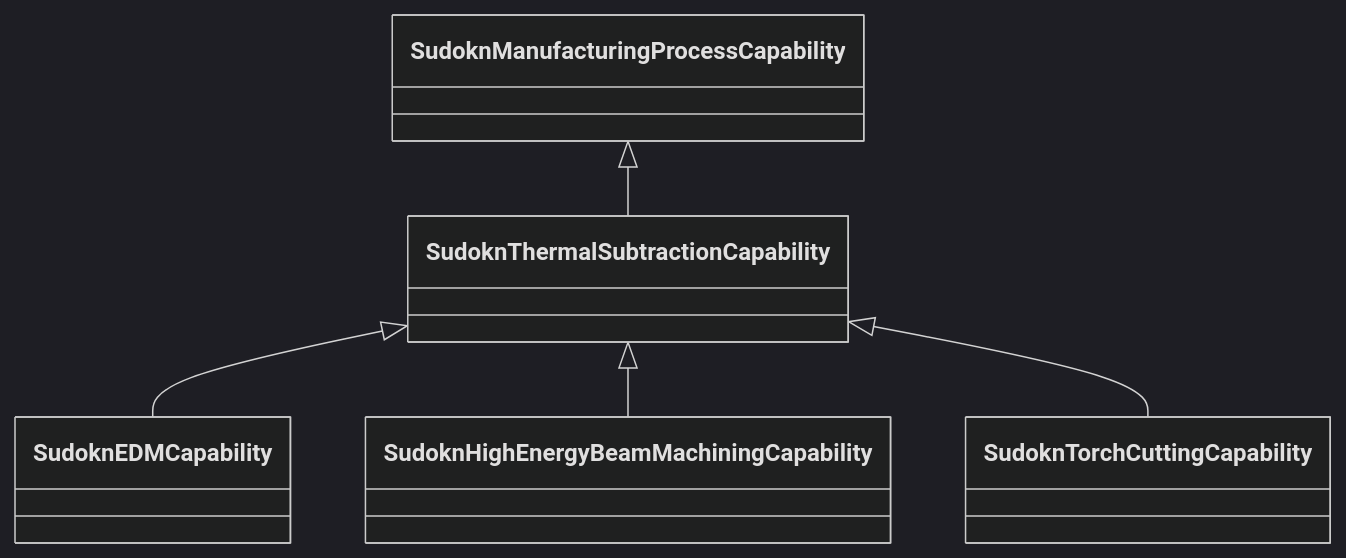
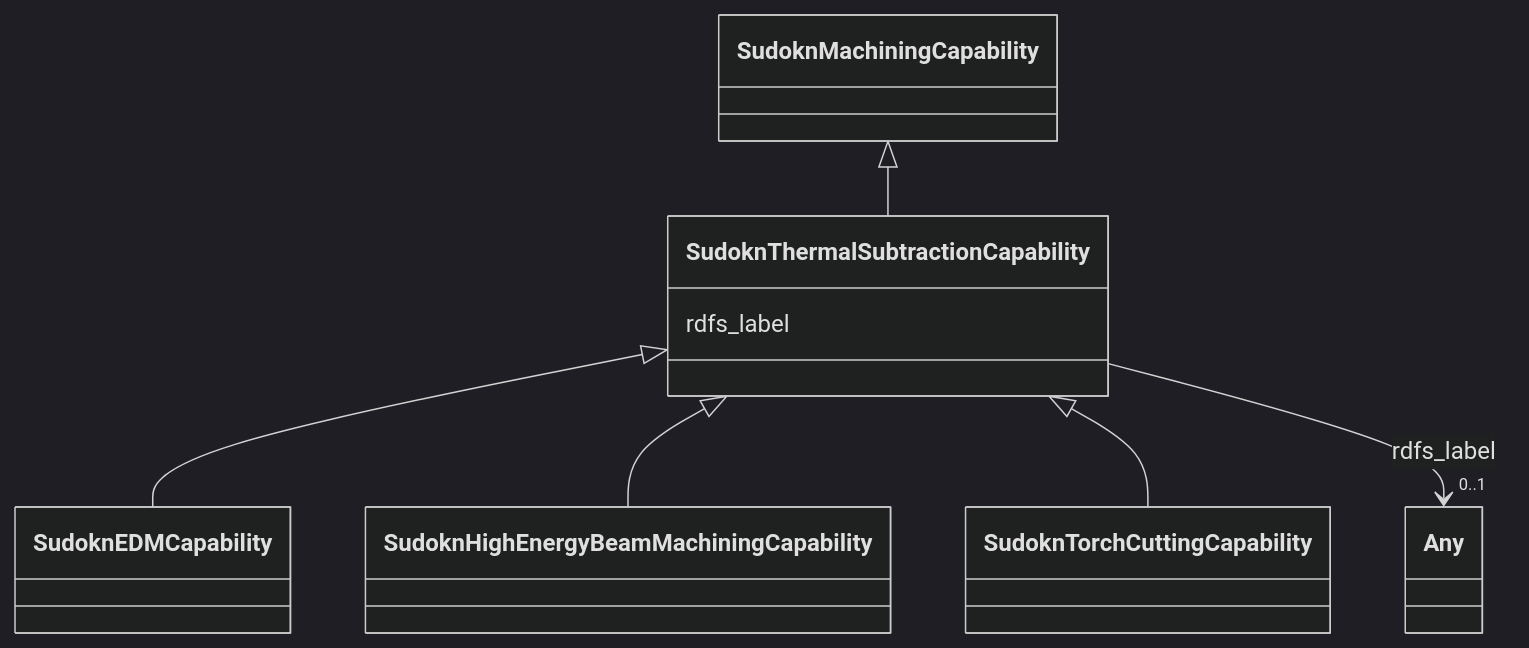
One commit to frink-okn/graph-descriptions changed the diagram in sudokn-kg/classes/SudoknThermalSubtractionCapability.md. Above: the diagram before and after it, drawn with Mermaid (dark theme). The commit also changed other lines of this file and 903 other files, not shown here.

````diff
--- a/sudokn-kg/classes/SudoknThermalSubtractionCapability.md
+++ b/sudokn-kg/classes/SudoknThermalSubtractionCapability.md
@@ -23,18 +16,27 @@
 ```mermaid
  classDiagram
     class SudoknThermalSubtractionCapability
     click SudoknThermalSubtractionCapability href "../SudoknThermalSubtractionCapability"
-      SudoknManufacturingProcessCapability <|-- SudoknThermalSubtractionCapability
-        click SudoknManufacturingProcessCapability href "../SudoknManufacturingProcessCapability"
+      SudoknMachiningCapability <|-- SudoknThermalSubtractionCapability
+        click SudoknMachiningCapability href "../SudoknMachiningCapability"
       
 
       SudoknThermalSubtractionCapability <|-- SudoknEDMCapability
         click SudoknEDMCapability href "../SudoknEDMCapability"
       SudoknThermalSubtractionCapability <|-- SudoknHighEnergyBeamMachiningCapability
         click SudoknHighEnergyBeamMachiningCapability href "../SudoknHighEnergyBeamMachiningCapability"
       SudoknThermalSubtractionCapability <|-- SudoknTorchCuttingCapability
         click SudoknTorchCuttingCapability href "../SudoknTorchCuttingCapability"
       
       
+      SudoknThermalSubtractionCapability : rdfs_label
+        
+          
+    
+    
+    SudoknThermalSubtractionCapability --> "0..1" Any : rdfs_label
+    click Any href "../Any"
+
+        
       
 ```
````
